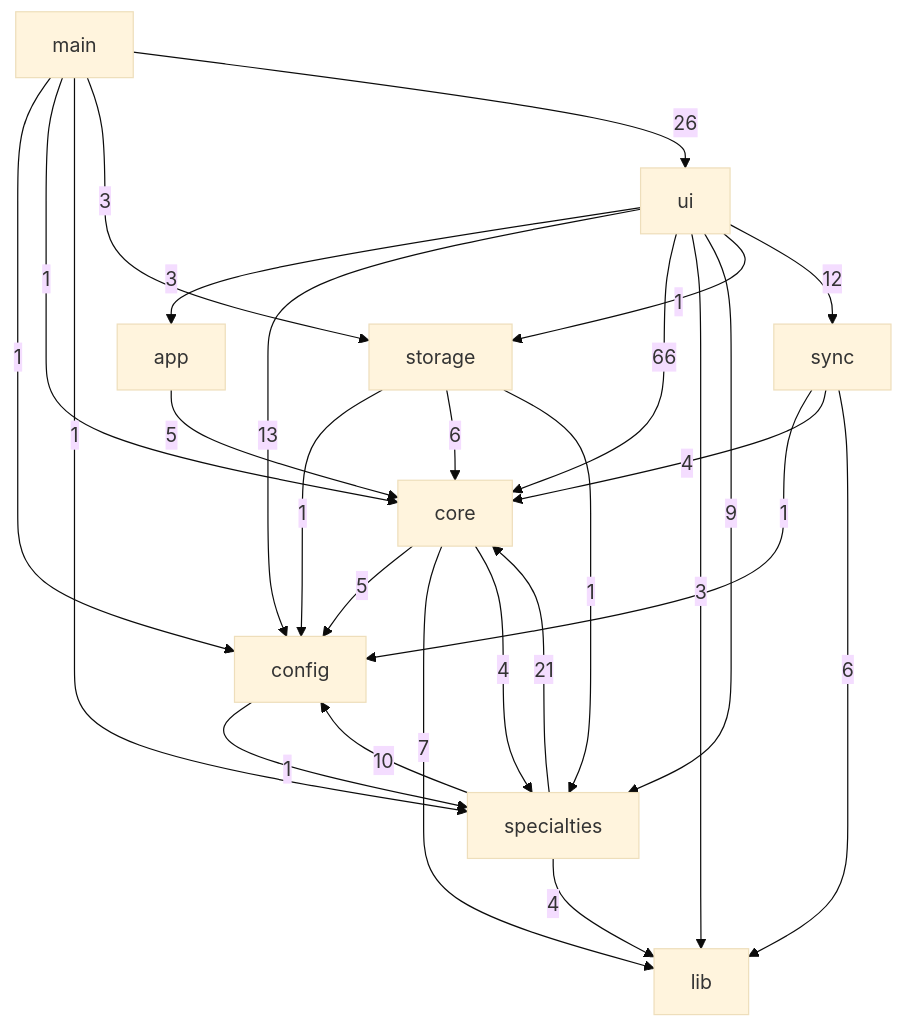
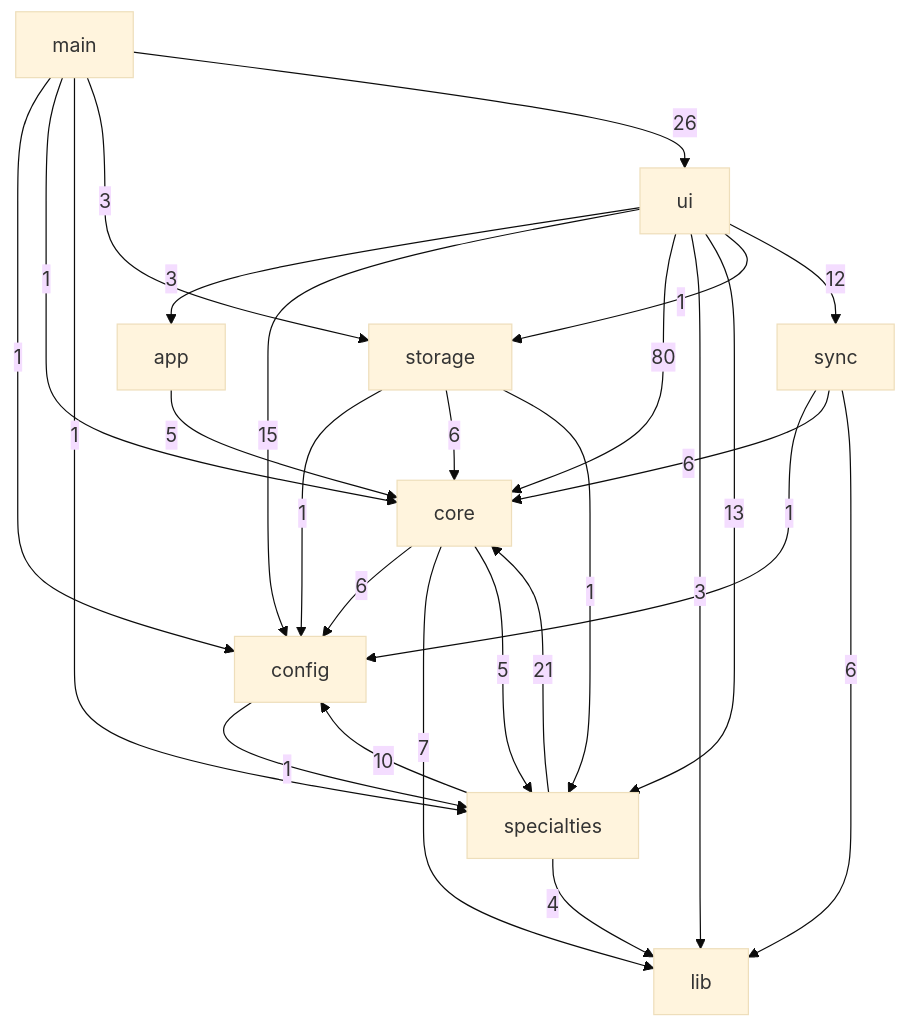
Before and after one commit to DanielOpazoD/rondahhroftalmologia: the diagram in docs/DEPENDENCIAS.md, drawn with Mermaid (base theme). The commit also changed other lines of this file and 69 other files, not shown here.

````diff
--- a/docs/DEPENDENCIAS.md
+++ b/docs/DEPENDENCIAS.md
@@ -27,29 +27,29 @@
 ```mermaid
 flowchart TD
   app -->|5| core
   config -->|1| specialties
-  core -->|5| config
+  core -->|6| config
   core -->|7| lib
-  core -->|4| specialties
+  core -->|5| specialties
   main -->|1| config
   main -->|1| core
   main -->|1| specialties
   main -->|3| storage
   main -->|26| ui
   specialties -->|10| config
   specialties -->|21| core
   specialties -->|4| lib
   storage -->|1| config
   storage -->|6| core
   storage -->|1| specialties
   sync -->|1| config
-  sync -->|4| core
+  sync -->|6| core
   sync -->|6| lib
   ui -->|3| app
-  ui -->|13| config
-  ui -->|66| core
+  ui -->|15| config
+  ui -->|80| core
   ui -->|3| lib
-  ui -->|9| specialties
+  ui -->|13| specialties
   ui -->|1| storage
   ui -->|12| sync
 ```
````
